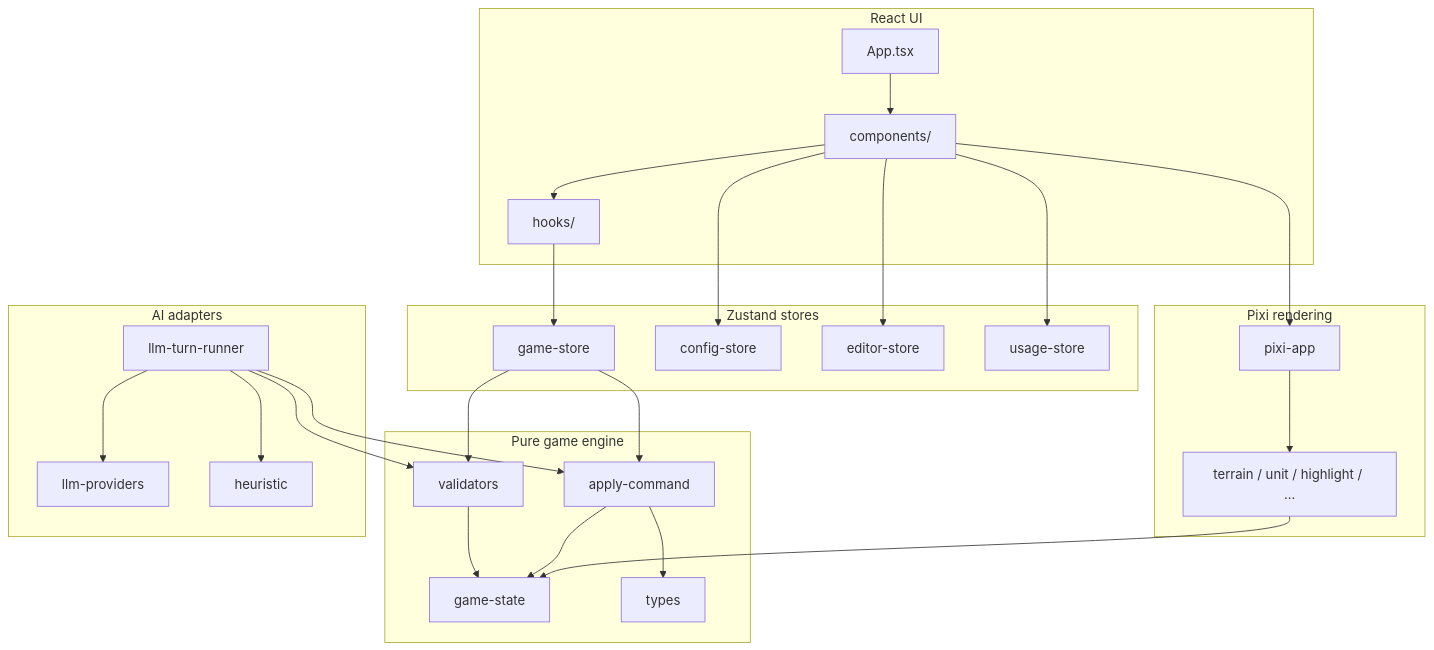
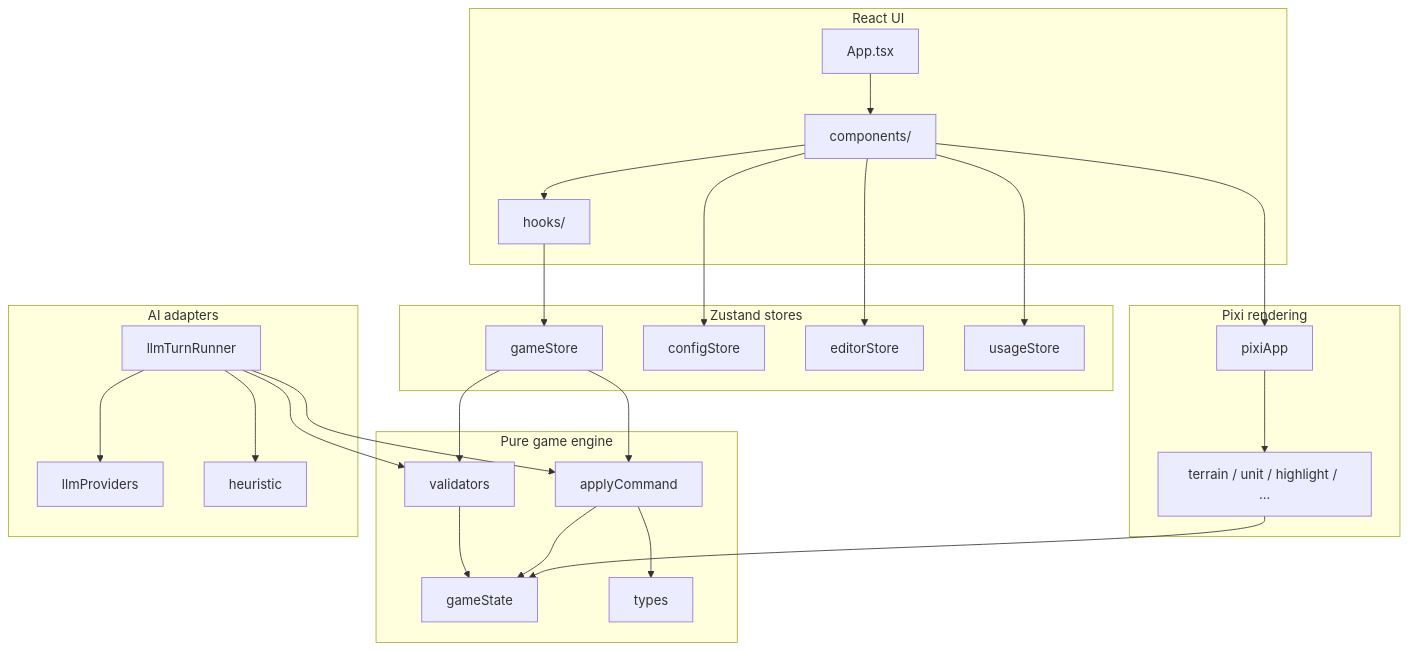
The diagram in docs/ARCHITECTURE.md (AustinSpinazze/modern-aw-game), drawn with Mermaid before and after one commit. The commit also changed other lines of this file and 123 other files, not shown here.

````diff
--- a/docs/ARCHITECTURE.md
+++ b/docs/ARCHITECTURE.md
@@ -26,55 +26,55 @@
 ```mermaid
 flowchart TB
   subgraph ui [React UI]
     App[App.tsx]
     Components[components/]
     Hooks[hooks/]
   end
 
   subgraph state [Zustand stores]
-    GameStore[game-store]
-    ConfigStore[config-store]
-    EditorStore[editor-store]
-    UsageStore[usage-store]
+    GameStore[gameStore]
+    ConfigStore[configStore]
+    EditorStore[editorStore]
+    UsageStore[usageStore]
   end
 
   subgraph game [Pure game engine]
     Validators[validators]
-    Apply[apply-command]
-    GameState[game-state]
+    Apply[applyCommand]
+    GameState[gameState]
     Types[types]
   end
 
   subgraph pixi [Pixi rendering]
-    PixiApp[pixi-app]
+    PixiApp[pixiApp]
     Renderers[terrain / unit / highlight / ...]
   end
 
   subgraph ai [AI adapters]
-    LLM[llm-providers]
-    TurnRunner[llm-turn-runner]
+    LLM[llmProviders]
+    TurnRunner[llmTurnRunner]
     Heuristic[heuristic]
   end
 
   App --> Components
   Components --> Hooks
   Hooks --> GameStore
   Components --> ConfigStore
   Components --> EditorStore
   Components --> UsageStore
 
   GameStore --> Validators
   GameStore --> Apply
   Validators --> GameState
   Apply --> GameState
   Apply --> Types
 
   Components --> PixiApp
   PixiApp --> Renderers
   Renderers --> GameState
 
   TurnRunner --> Validators
   TurnRunner --> Apply
   TurnRunner --> LLM
   TurnRunner --> Heuristic
 ```
````
